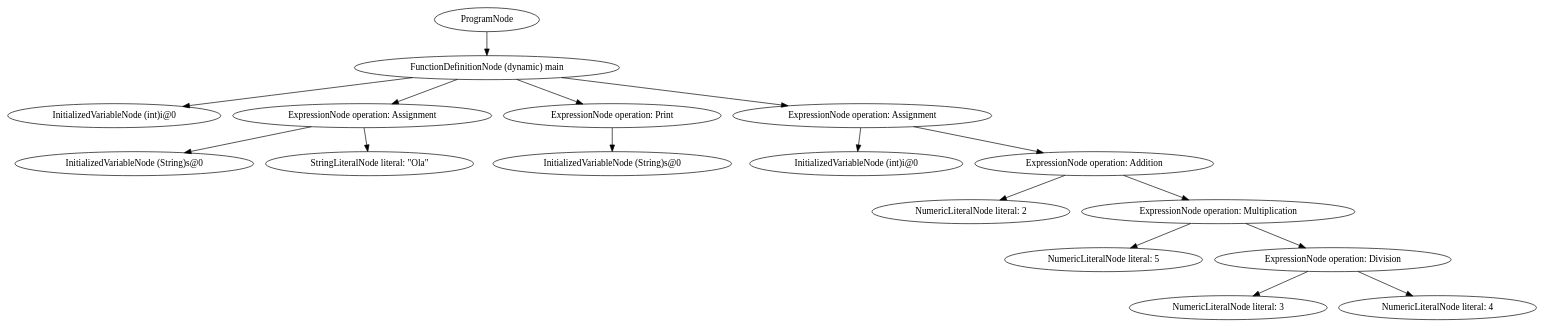
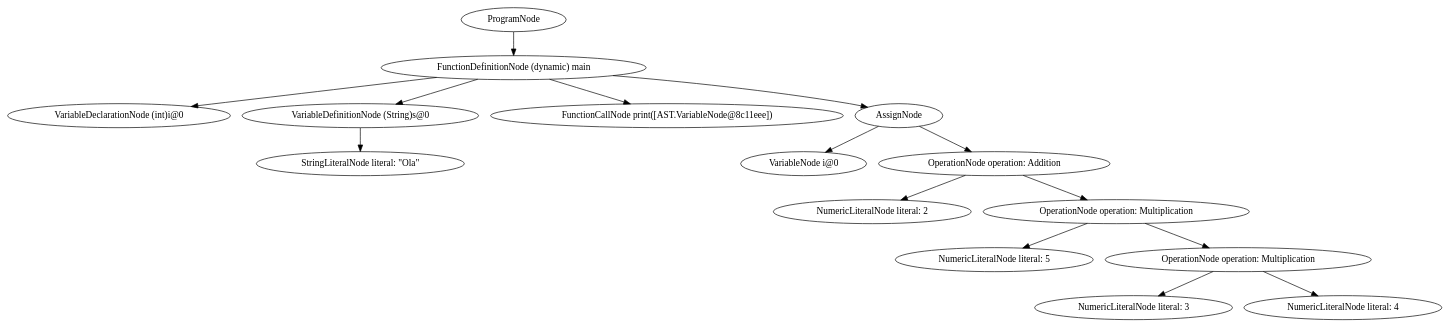
Before and after one commit to hericles-koelher/dart-compiler-ANTLR: the diagram in ast1.dot, drawn with Graphviz. The commit also changed 16 other files, not shown here.

```diff
--- a/ast1.dot
+++ b/ast1.dot
@@ -1,36 +1,32 @@
 digraph {
 graph [ordering="out"];
 node0[label="ProgramNode "];
 node1[label="FunctionDefinitionNode (dynamic) main "];
-node2[label="InitializedVariableNode (int)i@0"];
+node2[label="VariableDeclarationNode (int)i@0"];
 node1 -> node2;
-node3[label="ExpressionNode operation: Assignment"];
-node4[label="InitializedVariableNode (String)s@0"];
+node3[label="VariableDefinitionNode (String)s@0"];
+node4[label="StringLiteralNode literal: \"Ola\""];
 node3 -> node4;
-node5[label="StringLiteralNode literal: \"Ola\""];
-node3 -> node5;
 node1 -> node3;
-node6[label="ExpressionNode operation: Print"];
-node7[label="InitializedVariableNode (String)s@0"];
+node5[label="FunctionCallNode print([AST.VariableNode@8c11eee])"];
+node1 -> node5;
+node6[label="AssignNode"];
+node7[label="VariableNode i@0"];
 node6 -> node7;
-node1 -> node6;
-node8[label="ExpressionNode operation: Assignment"];
-node9[label="InitializedVariableNode (int)i@0"];
+node8[label="OperationNode operation: Addition"];
+node9[label="NumericLiteralNode literal: 2"];
 node8 -> node9;
-node10[label="ExpressionNode operation: Addition"];
-node11[label="NumericLiteralNode literal: 2"];
+node10[label="OperationNode operation: Multiplication"];
+node11[label="NumericLiteralNode literal: 5"];
 node10 -> node11;
-node12[label="ExpressionNode operation: Multiplication"];
-node13[label="NumericLiteralNode literal: 5"];
+node12[label="OperationNode operation: Multiplication"];
+node13[label="NumericLiteralNode literal: 3"];
 node12 -> node13;
-node14[label="ExpressionNode operation: Division"];
-node15[label="NumericLiteralNode literal: 3"];
-node14 -> node15;
-node16[label="NumericLiteralNode literal: 4"];
-node14 -> node16;
+node14[label="NumericLiteralNode literal: 4"];
 node12 -> node14;
 node10 -> node12;
 node8 -> node10;
-node1 -> node8;
+node6 -> node8;
+node1 -> node6;
 node0 -> node1;
 }
```
